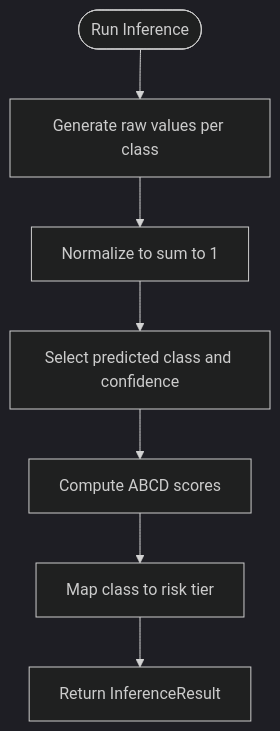
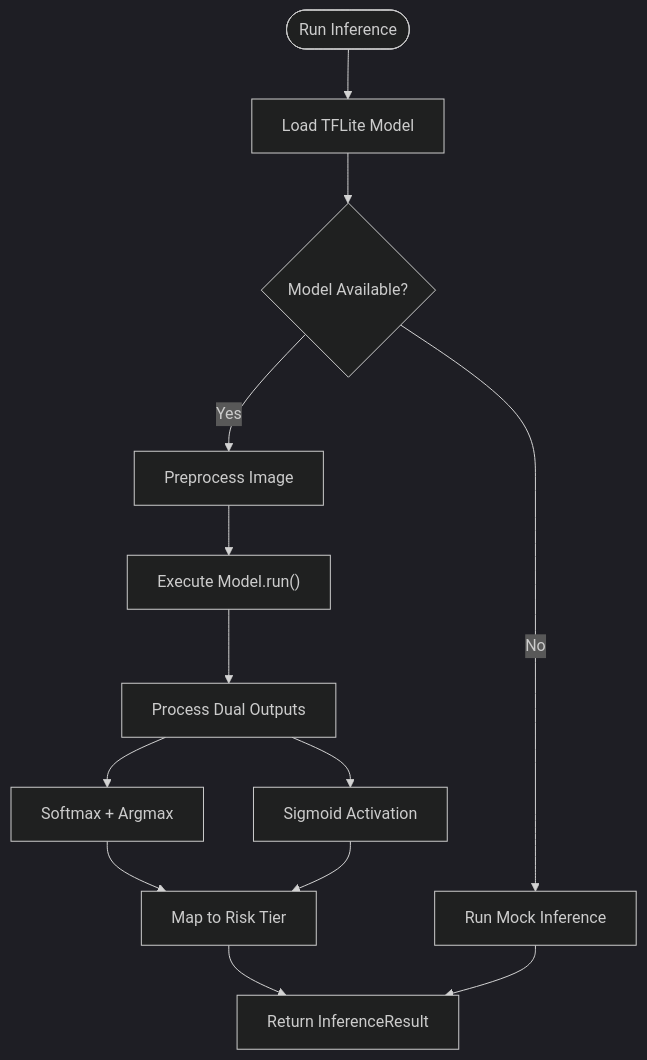
Before and after one commit to AdeelTahir-SE/DermSight: the third of 11 diagrams in .qoder/repowiki/en/content/Assessment Engine/ML Inference Pipeline.md, drawn with Mermaid (dark theme). The commit also changed other lines of this file and 29 other files, not shown here.

````diff
--- a/.qoder/repowiki/en/content/Assessment Engine/ML Inference Pipeline.md
+++ b/.qoder/repowiki/en/content/Assessment Engine/ML Inference Pipeline.md
@@ -143,9 +170,15 @@
 ```mermaid
 flowchart TD
-Start(["Run Inference"]) --> Gen["Generate raw values per class"]
-Gen --> Normalize["Normalize to sum to 1"]
-Normalize --> Argmax["Select predicted class and confidence"]
-Argmax --> ABCD["Compute ABCD scores"]
-ABCD --> MapRisk["Map class to risk tier"]
+Start(["Run Inference"]) --> Load["Load TFLite Model"]
+Load --> Check{"Model Available?"}
+Check --> |Yes| Preprocess["Preprocess Image"]
+Check --> |No| Mock["Run Mock Inference"]
+Preprocess --> Execute["Execute Model.run()"]
+Execute --> Process["Process Dual Outputs"]
+Process --> Classify["Softmax + Argmax"]
+Process --> ABCD["Sigmoid Activation"]
+Classify --> MapRisk["Map to Risk Tier"]
+ABCD --> MapRisk
 MapRisk --> Return["Return InferenceResult"]
+Mock --> Return
 ```
````
